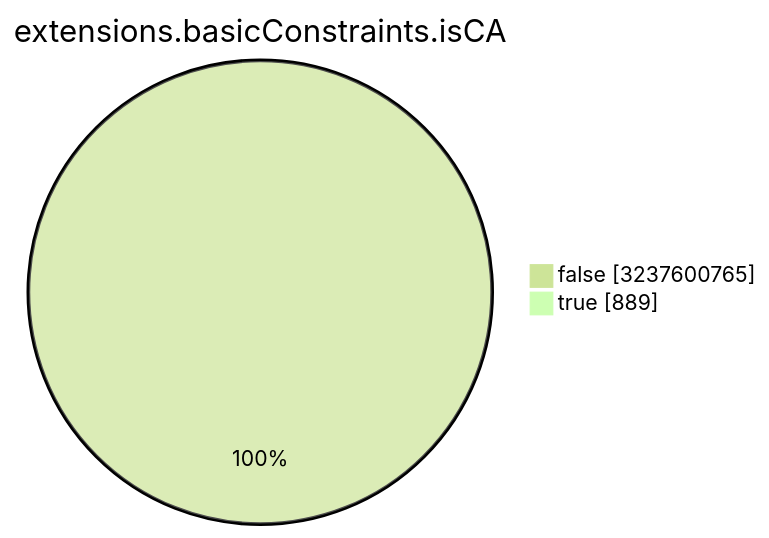
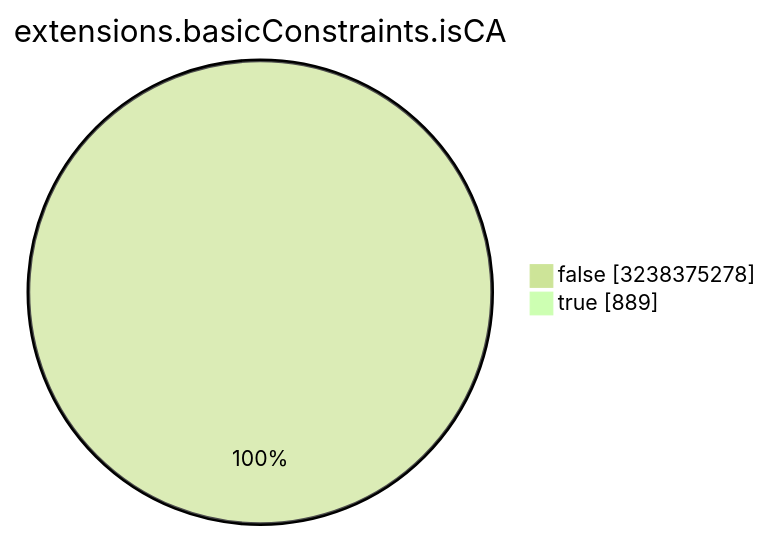
Before and after one commit to christiankrug/ctmonitor_visualization: the seventh of 15 diagrams in TOTAL/README.md, drawn with Mermaid (forest theme). The commit also changed other lines of this file, not shown here.

````diff
--- a/TOTAL/README.md
+++ b/TOTAL/README.md
@@ -3088,6 +3088,6 @@
 ```mermaid
 pie showData
 title extensions.basicConstraints.isCA
-"false" :3237600765
+"false" :3238375278
 "true" :889
 ```
````
